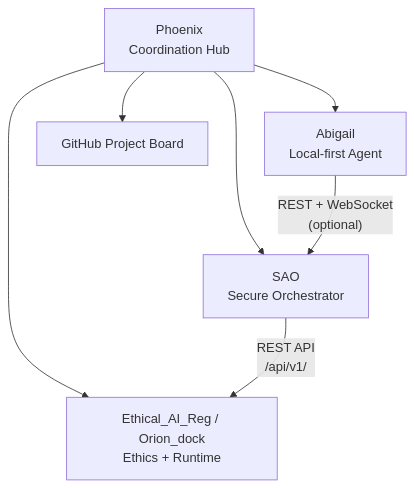
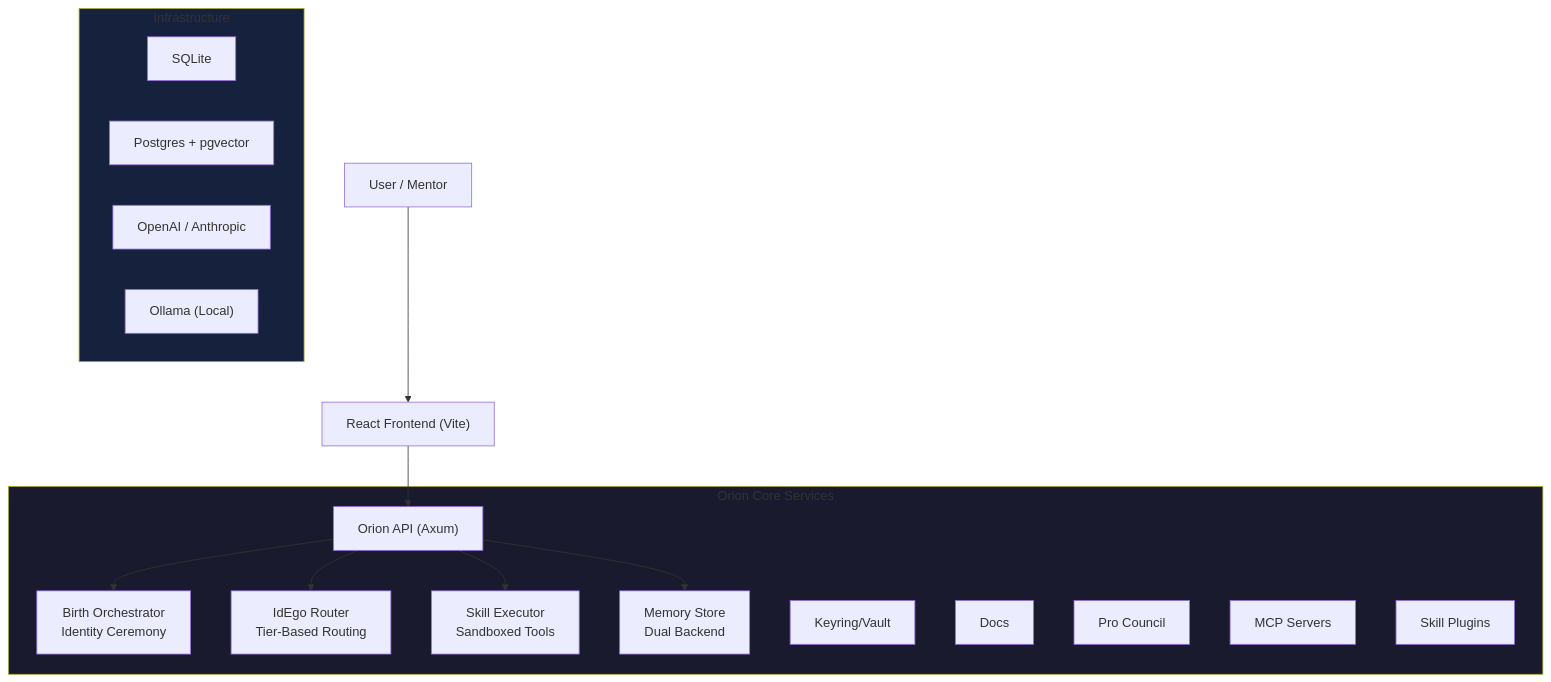
Before and after one commit to jbcupps/Phoenix: the second of 4 diagrams in README.md, drawn with Mermaid. The commit also changed other lines of this file and 5 other files, not shown here.

First line of the commit message:
docs: add Mermaid diagrams matching architecture PNGs and include research PDF

````diff
--- a/README.md
+++ b/README.md
@@ -13,15 +57,27 @@
 ```mermaid
 graph TD
-    Phoenix["Phoenix<br/>Coordination Hub"]
-    Abigail["Abigail<br/>Local-first Agent"]
-    SAO["SAO<br/>Secure Orchestrator"]
-    Ethics["Ethical_AI_Reg / Orion_dock<br/>Ethics + Runtime"]
-    Board["GitHub Project Board"]
+    User["User / Mentor"] --> Frontend["React Frontend (Vite)"]
+    Frontend --> API["Orion API (Axum)"]
 
-    Phoenix --> Abigail
-    Phoenix --> SAO
-    Phoenix --> Ethics
-    Phoenix --> Board
-    Abigail -- "REST + WebSocket<br/>(optional)" --> SAO
-    SAO -- "REST API<br/>/api/v1/" --> Ethics
+    subgraph Core["Orion Core Services"]
+        API --> Birth["Birth Orchestrator<br/>Identity Ceremony"]
+        API --> Router["IdEgo Router<br/>Tier-Based Routing"]
+        API --> Skills["Skill Executor<br/>Sandboxed Tools"]
+        API --> MemStore["Memory Store<br/>Dual Backend"]
+        Keyring["Keyring/Vault"]
+        Docs["Docs"]
+        ProCouncil["Pro Council"]
+        MCP["MCP Servers"]
+        SkillPlugins["Skill Plugins"]
+    end
+
+    subgraph Infra["Infrastructure"]
+        SQLite["SQLite"]
+        Postgres["Postgres + pgvector"]
+        CloudLLM["OpenAI / Anthropic"]
+        LocalLLM2["Ollama (Local)"]
+    end
+
+    style Core fill:#1a1a2e
+    style Infra fill:#16213e
 ```
````
